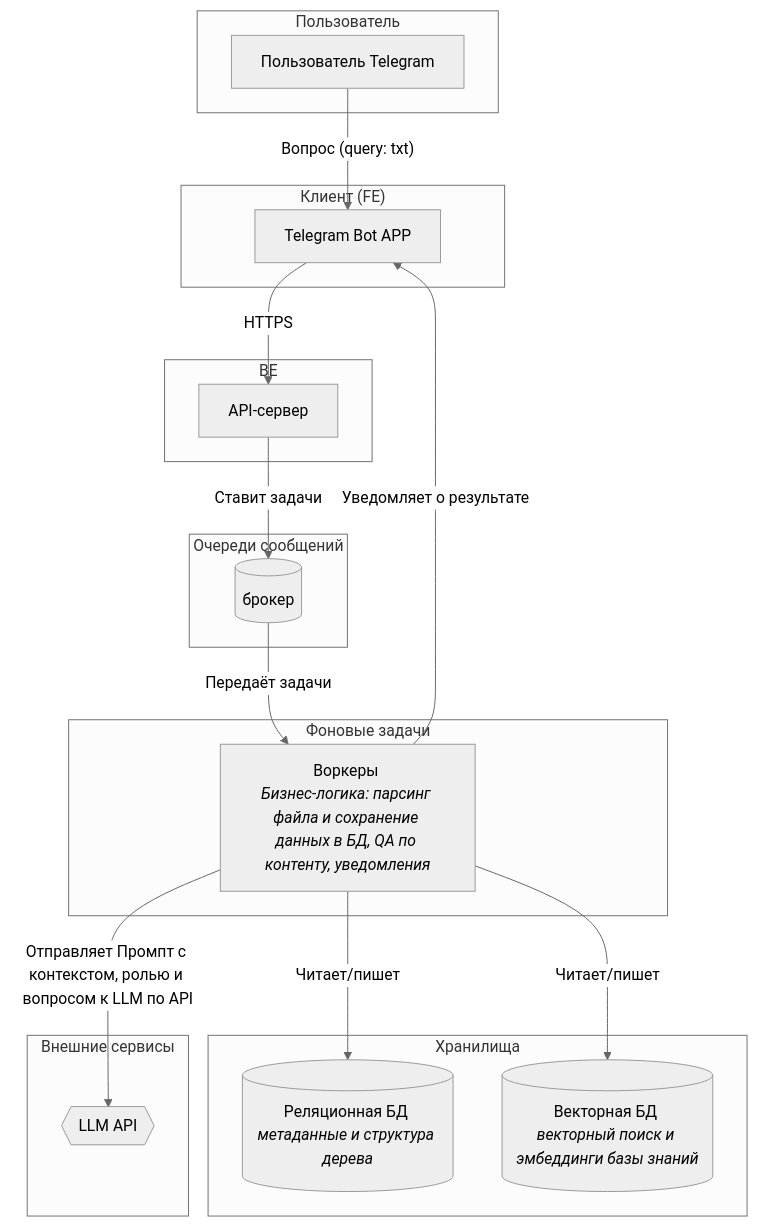
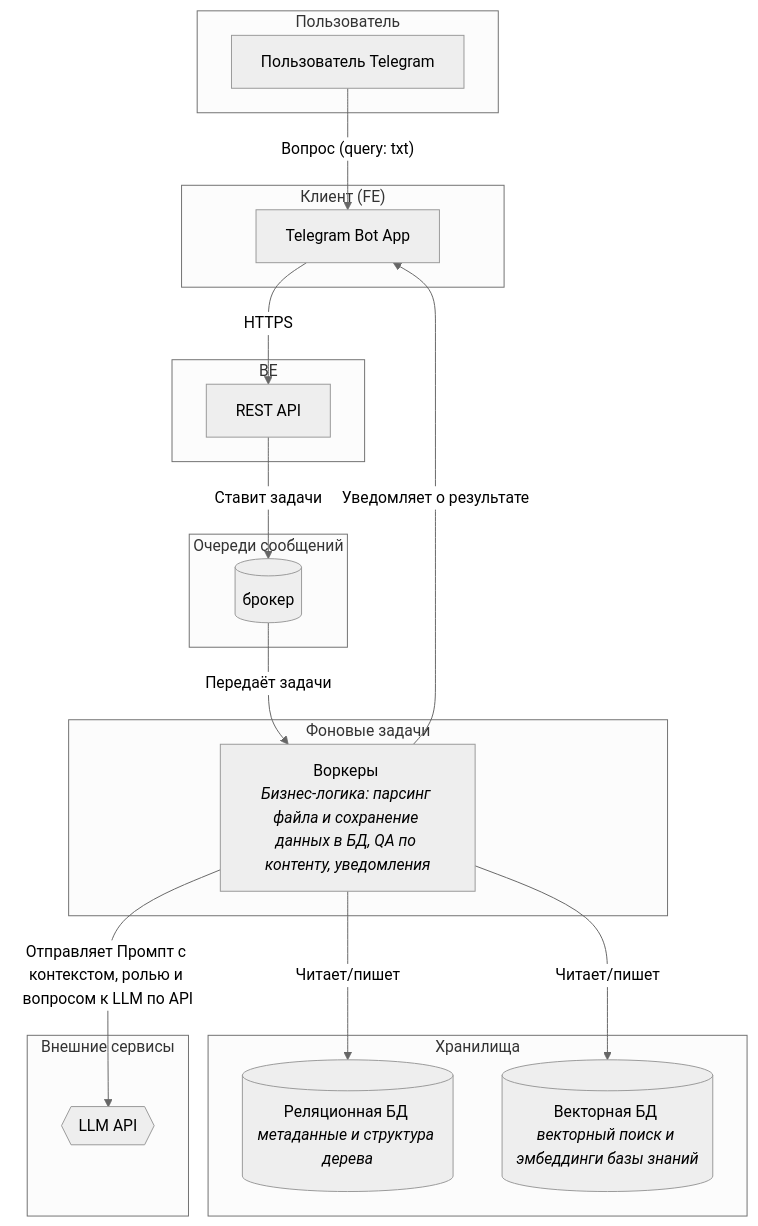
The diagram in Анастасия_Друзьянова/architect.MD (patolog123/Analyst-3.0), drawn with Mermaid (neutral theme) before and after one commit.

````diff
--- a/Анастасия_Друзьянова/architect.MD
+++ b/Анастасия_Друзьянова/architect.MD
@@ -1,41 +1,41 @@
 ```mermaid
 graph TD
     subgraph "Пользователь"
         A[Пользователь Telegram]
     end
 
     subgraph "Клиент (FE)"
-        B[Telegram Bot APP]
+        B[Telegram Bot App]
     end
 
     subgraph "BE"
-        C[API-сервер]
+        C[REST API]
     end
 
     subgraph "Очереди сообщений"
         J[(брокер)]
     end
 
     subgraph "Фоновые задачи"
         F[Воркеры <br><i>Бизнес-логика: парсинг файла и сохранение данных в БД, QA по контенту, уведомления</i>]
     end
 
     subgraph "Хранилища"
         G[(Реляционная БД <br><i>метаданные и структура дерева</i>)]
         I[(Векторная БД <br><i>векторный поиск и эмбеддинги базы знаний</i>)]
     end
 
     subgraph "Внешние сервисы"
         H{{LLM API}}
     end
 
     %% Связи между компонентами
     A -- Вопрос (query: txt) --> B
     B -- HTTPS --> C
     C -- Ставит задачи --> J
     J -- Передаёт задачи --> F
     F -- Отправляет Промпт с контекстом, ролью и вопросом к LLM по API --> H
     F -- Читает/пишет --> G
     F -- Читает/пишет --> I
     F -- Уведомляет о результате --> B
 ```
````
